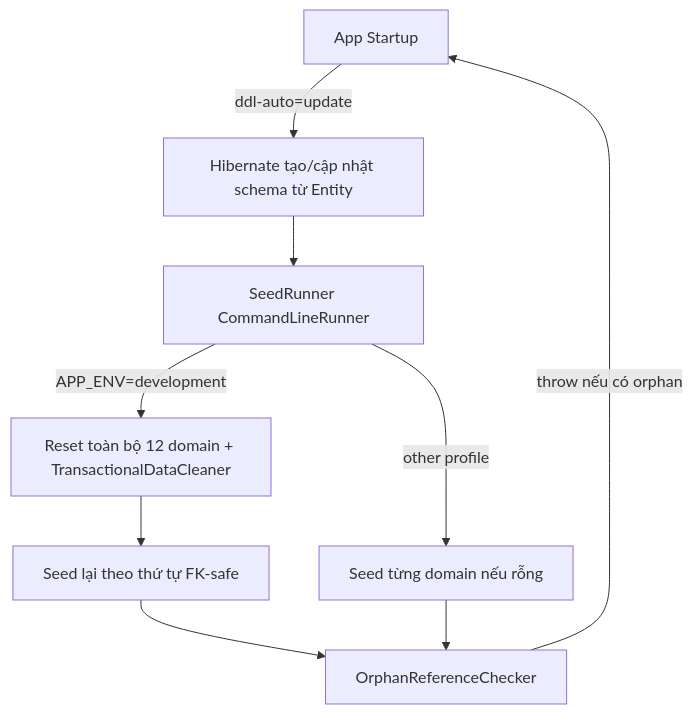
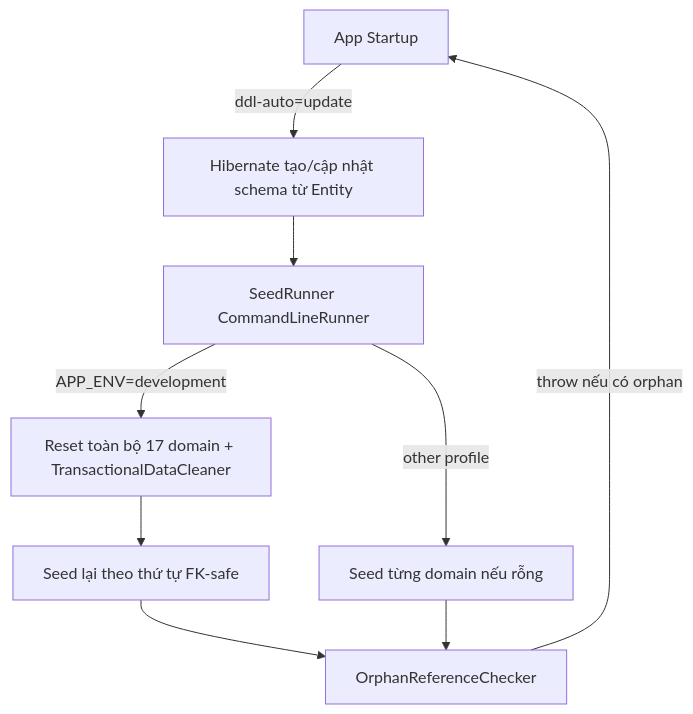
The sixth of 9 diagrams in docs/system-architecture.md (Deocomate/vu-gia-backend-api), drawn with Mermaid before and after one commit. The commit also changed other lines of this file and 123 other files, not shown here.

````diff
--- a/docs/system-architecture.md
+++ b/docs/system-architecture.md
@@ -143,11 +143,11 @@
 ```mermaid
 graph TD
     Boot[App Startup] -->|ddl-auto=update| Hibernate[Hibernate tạo/cập nhật schema từ Entity]
     Hibernate --> SeedRunner[SeedRunner CommandLineRunner]
-    SeedRunner -->|APP_ENV=development| ResetAll[Reset toàn bộ 12 domain + TransactionalDataCleaner]
+    SeedRunner -->|APP_ENV=development| ResetAll[Reset toàn bộ 17 domain + TransactionalDataCleaner]
     SeedRunner -->|other profile| SeedEmpty[Seed từng domain nếu rỗng]
     ResetAll --> SeedForward[Seed lại theo thứ tự FK-safe]
     SeedForward --> OrphanCheck[OrphanReferenceChecker]
     SeedEmpty --> OrphanCheck
     OrphanCheck -->|throw nếu có orphan| Boot
 ```
````
